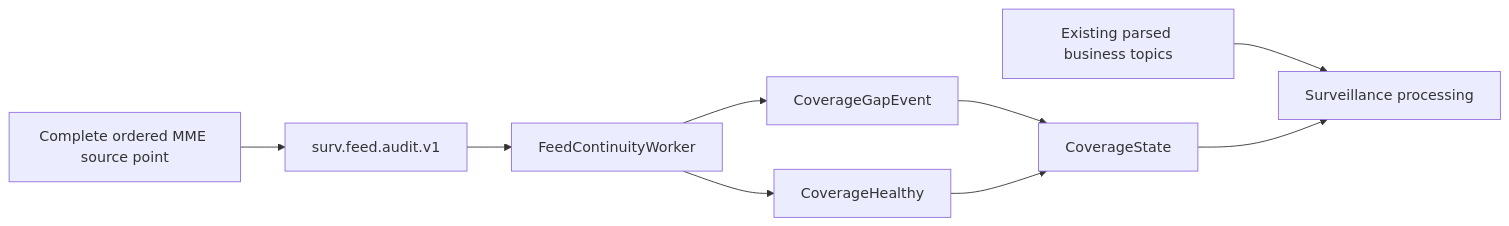
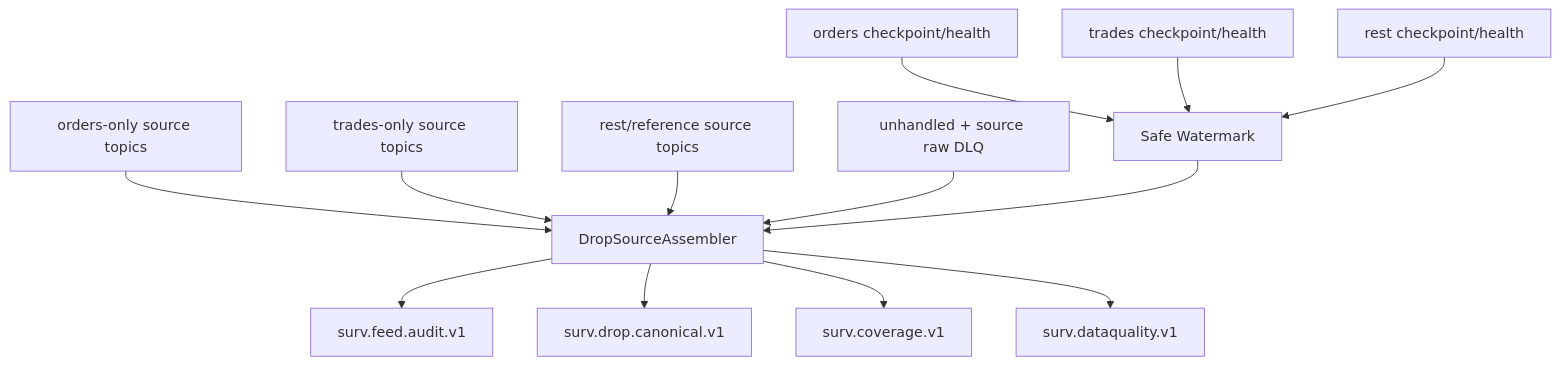
Before and after one commit to adnanelhabashy/surveillance-knowledge-base: the diagram in Market-Surveillance-Full-Plan-Doc-Refrence/Architecture/Implementation-Start/01 - Global Sequence and Feed Continuity.md, drawn with Mermaid. The commit also changed other lines of this file, not shown here.

Commit message:
Correct global sequence design for current three-ingestor DROP topology

````diff
--- a/Market-Surveillance-Full-Plan-Doc-Refrence/Architecture/Implementation-Start/01 - Global Sequence and Feed Continuity.md
+++ b/Market-Surveillance-Full-Plan-Doc-Refrence/Architecture/Implementation-Start/01 - Global Sequence and Feed Continuity.md
@@ -58,12 +113,17 @@
 ```mermaid
-flowchart LR
-    SRC[Complete ordered MME source point] --> AUDIT[surv.feed.audit.v1]
-    AUDIT --> FC[FeedContinuityWorker]
-    FC --> GAP[CoverageGapEvent]
-    FC --> OK[CoverageHealthy]
-    GAP --> CS[CoverageState]
-    OK --> CS
+flowchart TB
+    O[orders-only source topics] --> A[DropSourceAssembler]
+    T[trades-only source topics] --> A
+    R[rest/reference source topics] --> A
+    U[unhandled + source raw DLQ] --> A
 
-    PARSED[Existing parsed business topics] --> SURV[Surveillance processing]
-    CS --> SURV
+    W1[orders checkpoint/health] --> W[Safe Watermark]
+    W2[trades checkpoint/health] --> W
+    W3[rest checkpoint/health] --> W
+    W --> A
+
+    A --> AUDIT[surv.feed.audit.v1]
+    A --> CANON[surv.drop.canonical.v1]
+    A --> COV[surv.coverage.v1]
+    A --> DQ[surv.dataquality.v1]
 ```
````
